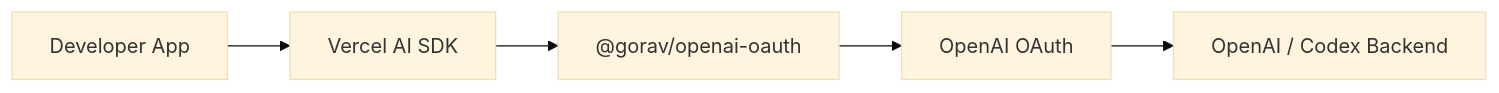
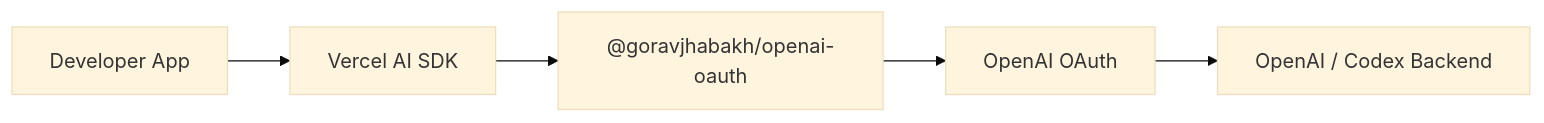
One commit to goravjhabakh/openai-oauth changed the diagram in docs/project.md. Above: the diagram before and after it, drawn with Mermaid (base theme). The commit also changed other lines of this file and 11 other files, not shown here.

````diff
--- a/docs/project.md
+++ b/docs/project.md
@@ -36,7 +36,7 @@
 ```mermaid
 flowchart LR
     App["Developer App"] --> SDK["Vercel AI SDK"]
-    SDK --> Provider["@gorav/openai-oauth"]
+    SDK --> Provider["@goravjhabakh/openai-oauth"]
     Provider --> OAuth["OpenAI OAuth"]
     OAuth --> Backend["OpenAI / Codex Backend"]
 ```
````
